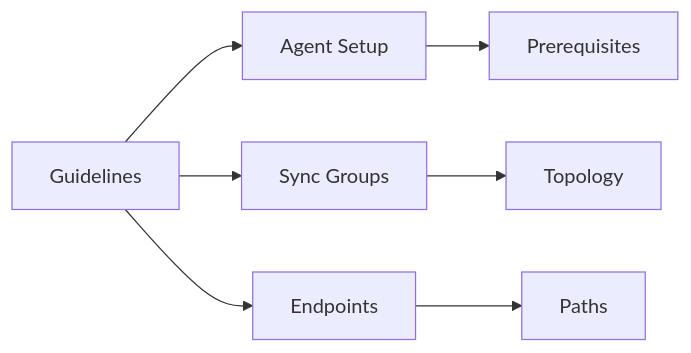
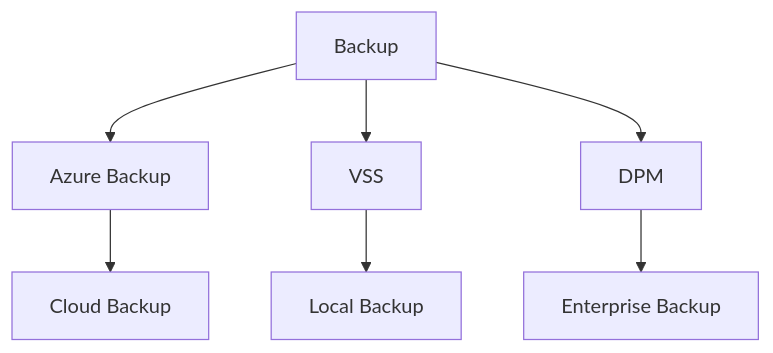
One commit to saravanakumarrc/Architecture_Journey changed diagram 11 of 12 in src/azure/az-104/File_Sync.md. Above: the diagram before and after it, drawn with Mermaid. The commit also changed other lines of this file and 6 other files, not shown here.

````diff
--- a/src/azure/az-104/File_Sync.md
+++ b/src/azure/az-104/File_Sync.md
@@ -217,10 +186,10 @@
 ```mermaid
-graph LR
-    A[Guidelines] --> B[Agent Setup]
-    A --> C[Sync Groups]
-    A --> D[Endpoints]
+graph TB
+    A[Backup] --> B[Azure Backup]
+    A --> C[VSS]
+    A --> D[DPM]
     
-    B --> E[Prerequisites]
-    C --> F[Topology]
-    D --> G[Paths]
+    B --> E[Cloud Backup]
+    C --> F[Local Backup]
+    D --> G[Enterprise Backup]
 ```
````
